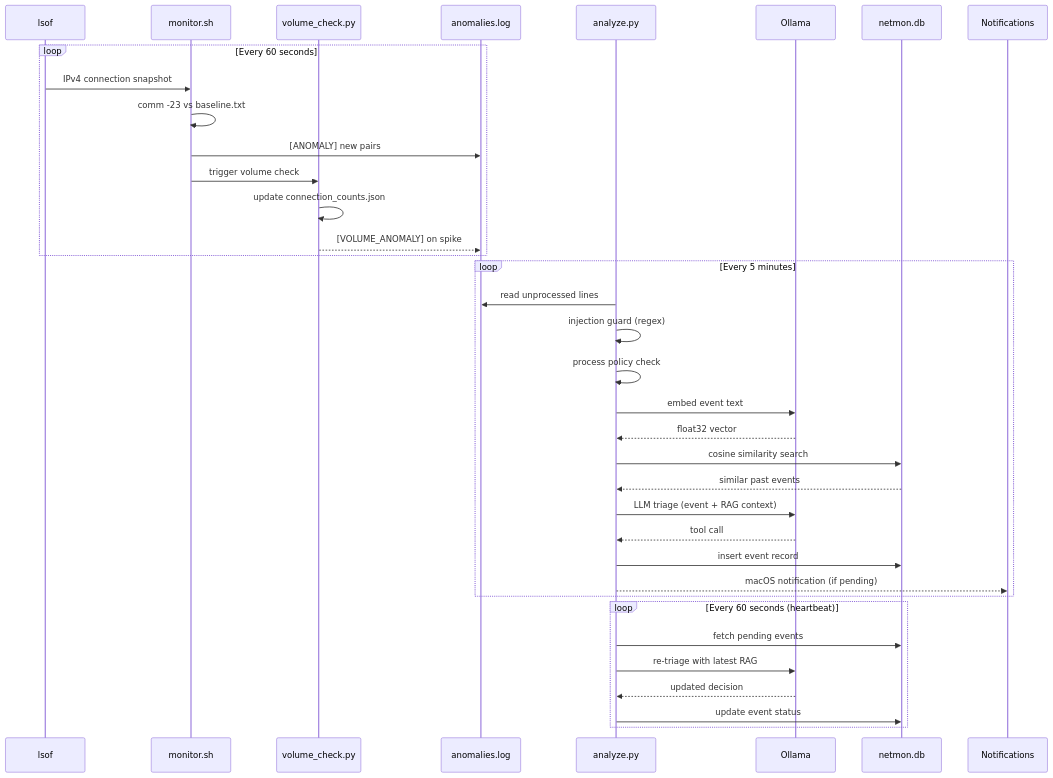
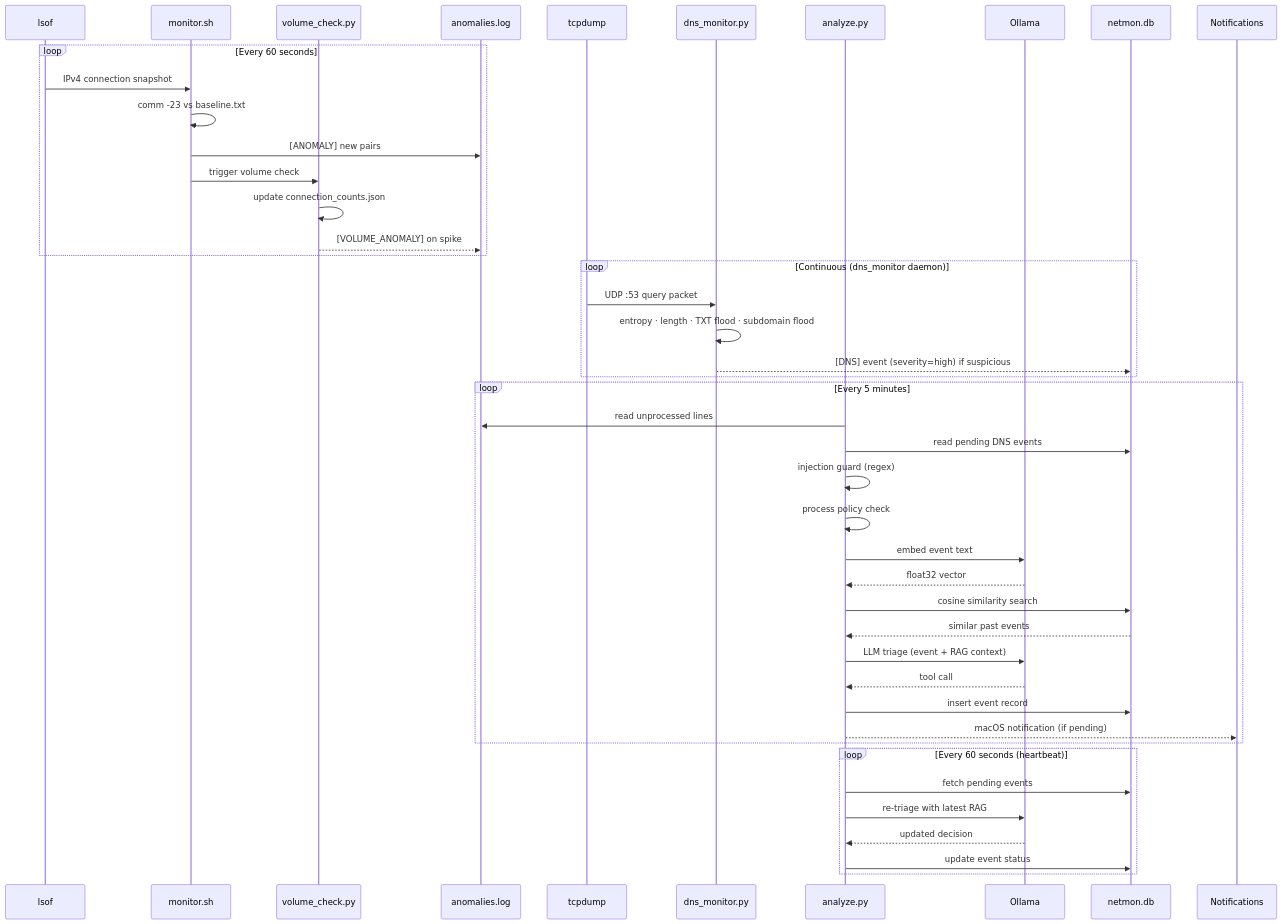
The second of 3 diagrams in docs/architecture.md (Algiras/netmon), drawn with Mermaid before and after one commit. The commit also changed other lines of this file and 7 other files, not shown here.

````diff
--- a/docs/architecture.md
+++ b/docs/architecture.md
@@ -56,41 +64,50 @@
 ```mermaid
 sequenceDiagram
     participant lsof
     participant monitor.sh
     participant volume_check.py
     participant anomalies.log
+    participant tcpdump
+    participant dns_monitor.py
     participant analyze.py
     participant Ollama
     participant netmon.db
     participant Notifications
 
     loop Every 60 seconds
         lsof->>monitor.sh: IPv4 connection snapshot
         monitor.sh->>monitor.sh: comm -23 vs baseline.txt
         monitor.sh->>anomalies.log: [ANOMALY] new pairs
         monitor.sh->>volume_check.py: trigger volume check
         volume_check.py->>volume_check.py: update connection_counts.json
         volume_check.py-->>anomalies.log: [VOLUME_ANOMALY] on spike
     end
 
+    loop Continuous (dns_monitor daemon)
+        tcpdump->>dns_monitor.py: UDP :53 query packet
+        dns_monitor.py->>dns_monitor.py: entropy · length · TXT flood · subdomain flood
+        dns_monitor.py-->>netmon.db: [DNS] event (severity=high) if suspicious
+    end
+
     loop Every 5 minutes
         analyze.py->>anomalies.log: read unprocessed lines
+        analyze.py->>netmon.db: read pending DNS events
         analyze.py->>analyze.py: injection guard (regex)
         analyze.py->>analyze.py: process policy check
         analyze.py->>Ollama: embed event text
         Ollama-->>analyze.py: float32 vector
         analyze.py->>netmon.db: cosine similarity search
         netmon.db-->>analyze.py: similar past events
         analyze.py->>Ollama: LLM triage (event + RAG context)
         Ollama-->>analyze.py: tool call
         analyze.py->>netmon.db: insert event record
         analyze.py-->>Notifications: macOS notification (if pending)
     end
 
     loop Every 60 seconds (heartbeat)
         analyze.py->>netmon.db: fetch pending events
         analyze.py->>Ollama: re-triage with latest RAG
         Ollama-->>analyze.py: updated decision
         analyze.py->>netmon.db: update event status
     end
 ```
````
